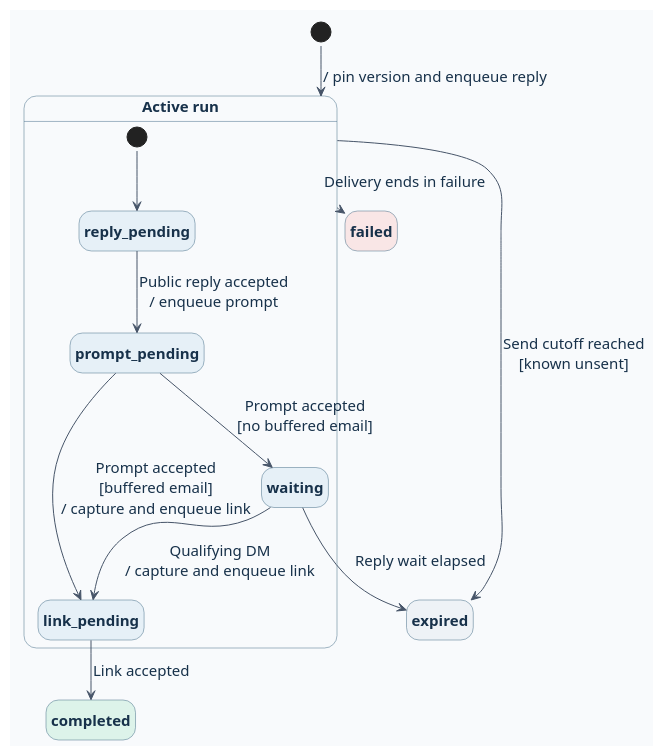
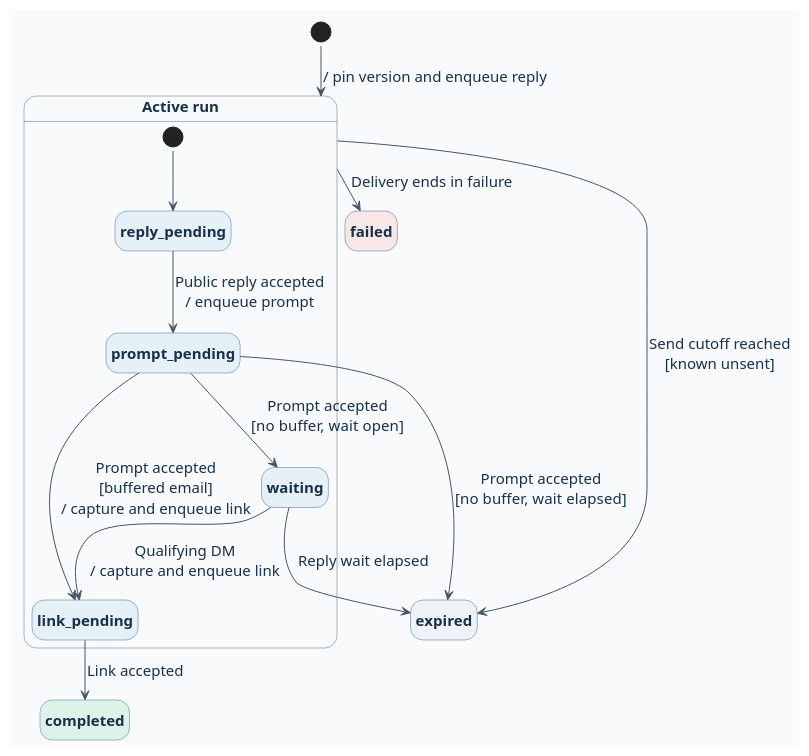
One commit to ByAxe/blotato-comment-automations changed the diagram in docs/diagrams/run-state.puml. Above: the diagram before and after it, drawn with PlantUML. The commit also changed 25 other files, not shown here.

Commit message:
docs: align diagrams and acceptance checks with retained participant context

```diff
--- a/docs/diagrams/run-state.puml
+++ b/docs/diagrams/run-state.puml
@@ -1,37 +1,38 @@
 @startuml
 !pragma layout smetana
 hide empty description
 skinparam BackgroundColor #F8FAFC
 skinparam DefaultFontName SansSerif
 skinparam DefaultFontColor #17314A
 skinparam DefaultFontSize 15
 skinparam Shadowing false
 skinparam ArrowColor #475569
 skinparam StateBackgroundColor #E6F0F7
 skinparam StateBorderColor #456C87
 skinparam StateStartColor #334155
 skinparam StateEndColor #334155
 skinparam StateFontStyle bold
 skinparam nodesep 38
 skinparam ranksep 43
 
 state "Active run" as active #F8FAFC {
   state "reply_pending" as reply
   state "prompt_pending" as prompt
   state "waiting" as wait
   state "link_pending" as link
   [*] --> reply
   reply --> prompt : Public reply accepted\n/ enqueue prompt
-  prompt --> wait : Prompt accepted\n[no buffered email]
+  prompt --> wait : Prompt accepted\n[no buffer, wait open]
   prompt --> link : Prompt accepted\n[buffered email]\n/ capture and enqueue link
   wait --> link : Qualifying DM\n/ capture and enqueue link
 }
 state completed #DDF3EA
 state expired #EEF2F6
 state failed #F9E6E6
 [*] --> active : / pin version and enqueue reply
 link --> completed : Link accepted
 wait --> expired : Reply wait elapsed
+prompt --> expired : Prompt accepted\n[no buffer, wait elapsed]
 active --> expired : Send cutoff reached\n[known unsent]
 active --> failed : Delivery ends in failure
 @enduml
```
